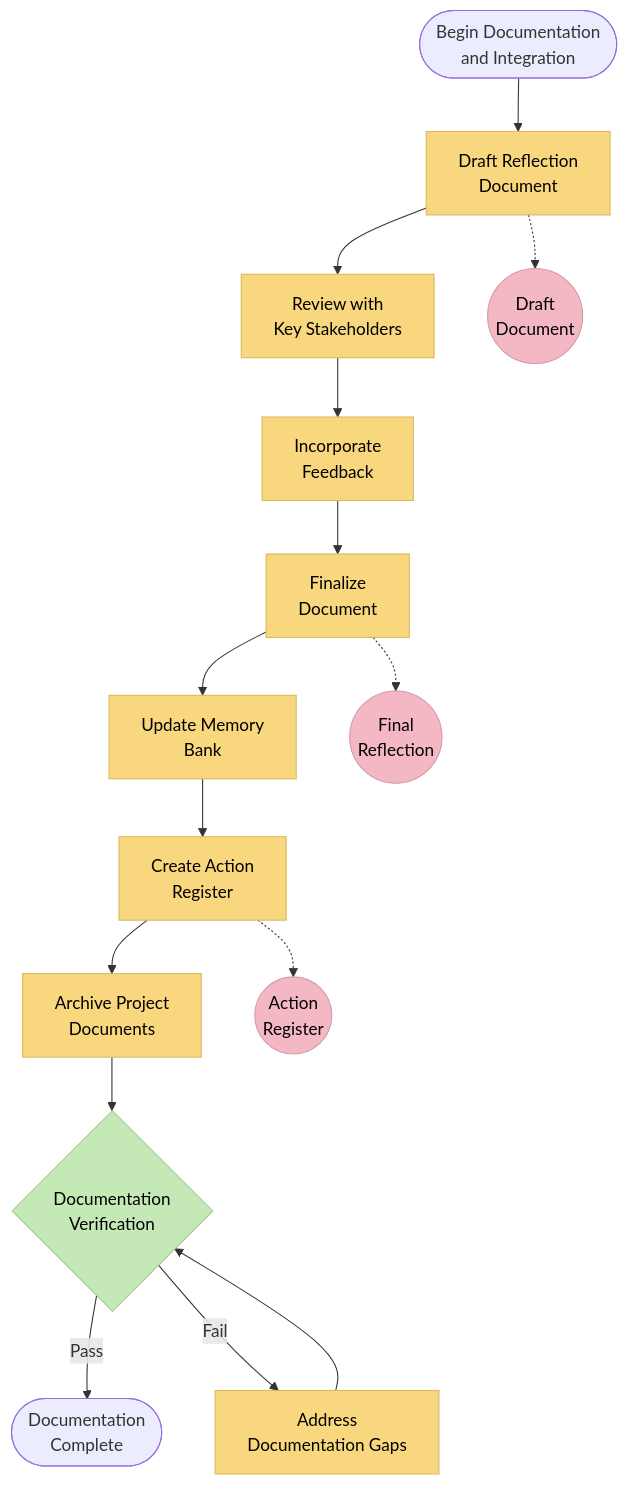
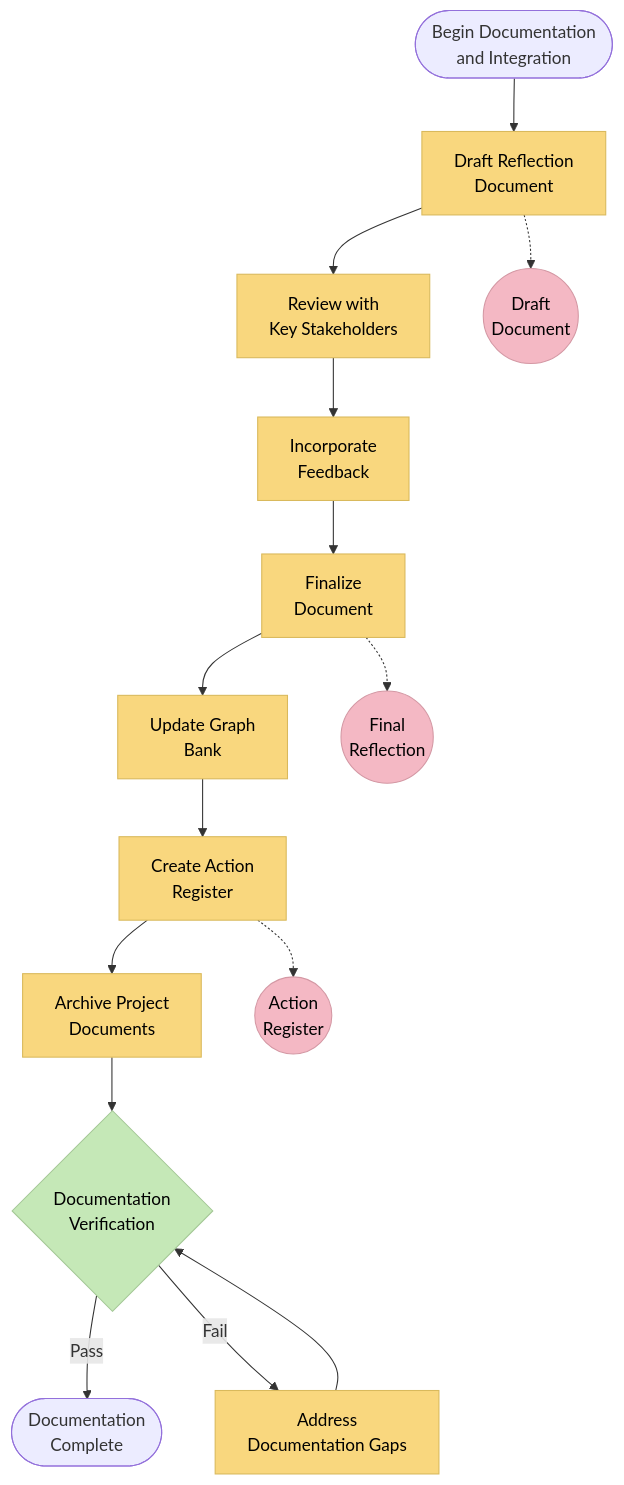
Before and after one commit to 7Spade/cursor-memory-bank: the fourth of 8 diagrams in .cursor/rules/isolation_rules/Level4/reflection-comprehensive.mdc, drawn with Mermaid. The commit also changed other lines of this file and 37 other files, not shown here.

Commit message:
refactor: Standardize terminology from "Memory Bank" to "Graph Bank" across all files, ensuring consistency in documentation and improving clarity in the system's architecture and processes

````diff
--- a/.cursor/rules/isolation_rules/Level4/reflection-comprehensive.mdc
+++ b/.cursor/rules/isolation_rules/Level4/reflection-comprehensive.mdc
@@ -473,27 +473,27 @@
 ```mermaid
 flowchart TD
     classDef step fill:#f9d77e,stroke:#d9b95c,color:#000
     classDef artifact fill:#f4b8c4,stroke:#d498a4,color:#000
     classDef verification fill:#c5e8b7,stroke:#a5c897,color:#000
     
     Start([Begin Documentation<br>and Integration]) --> Draft[Draft Reflection<br>Document]
     Draft --> Review[Review with<br>Key Stakeholders]
     Review --> Revise[Incorporate<br>Feedback]
     Revise --> Finalize[Finalize<br>Document]
-    Finalize --> UpdateMB[Update Memory<br>Bank]
+    Finalize --> UpdateMB[Update Graph<br>Bank]
     UpdateMB --> ActionReg[Create Action<br>Register]
     ActionReg --> Archive[Archive Project<br>Documents]
     Archive --> Verification{Documentation<br>Verification}
     Verification -->|Pass| Complete([Documentation<br>Complete])
     Verification -->|Fail| MoreRevision[Address<br>Documentation Gaps]
     MoreRevision --> Verification
     
     Draft -.-> DraftDoc((Draft<br>Document))
     Finalize -.-> FinalDoc((Final<br>Reflection))
     ActionReg -.-> ActReg((Action<br>Register))
     
     class Start,Complete milestone
     class Draft,Review,Revise,Finalize,UpdateMB,ActionReg,Archive,MoreRevision step
     class Verification verification
     class DraftDoc,FinalDoc,ActReg artifact
 ```
````
